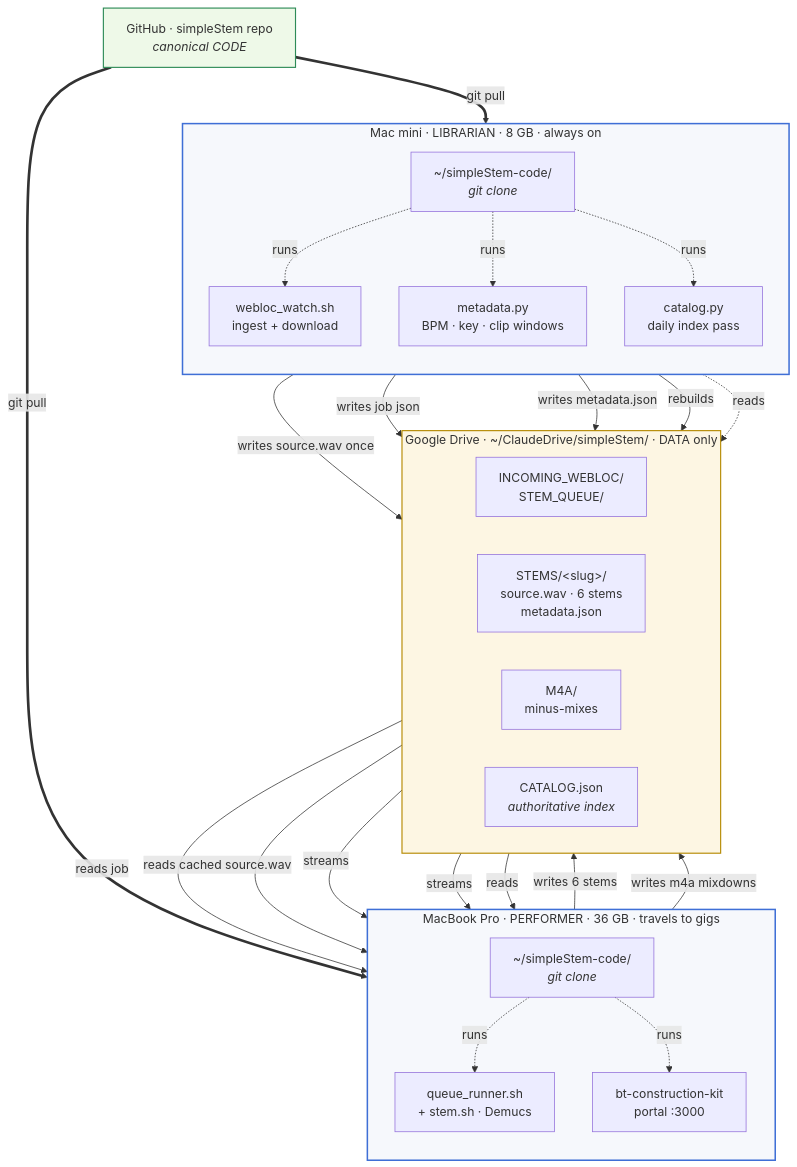
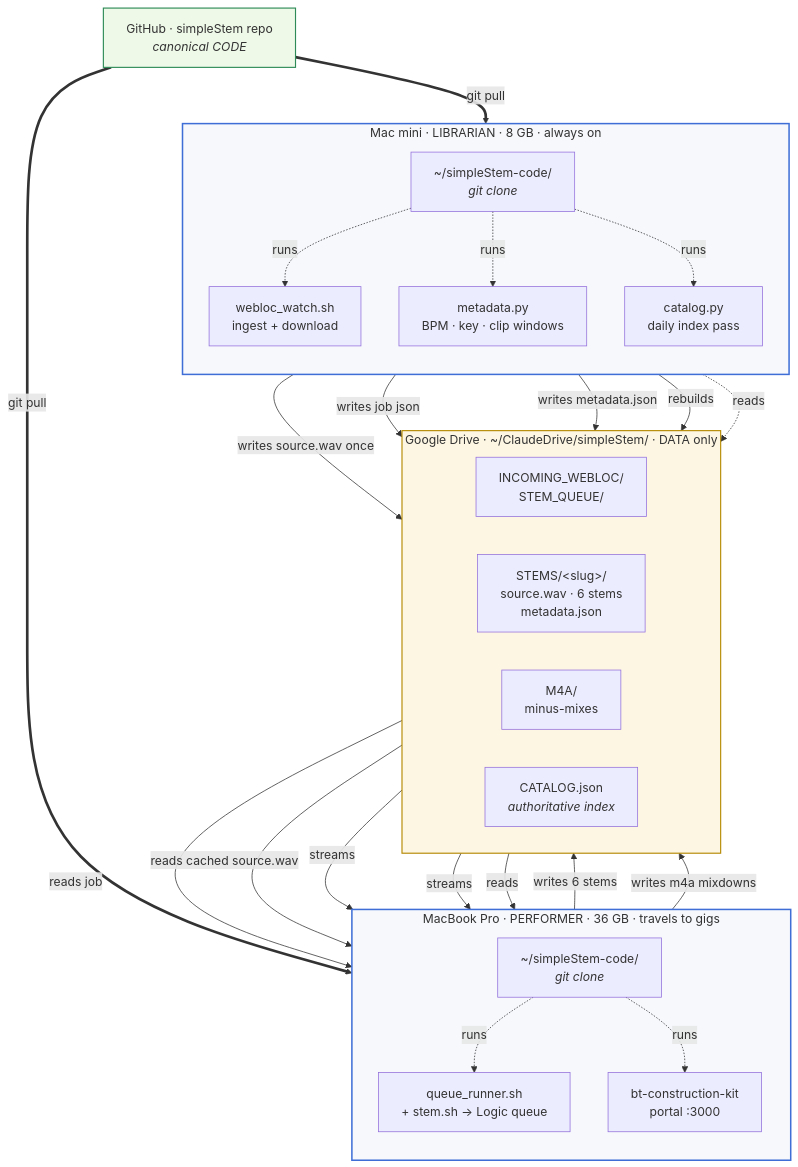
The first of 4 diagrams in ARCHITECTURE.md (williambnorton/simpleStem), drawn with Mermaid before and after one commit. The commit also changed other lines of this file and 128 other files, not shown here.

````diff
--- a/ARCHITECTURE.md
+++ b/ARCHITECTURE.md
@@ -15,57 +15,57 @@
 ```mermaid
 flowchart TB
     GH["GitHub · simpleStem repo<br/><i>canonical CODE</i>"]
 
     subgraph MINI["Mac mini · LIBRARIAN · 8 GB · always on"]
       direction TB
       MC["~/simpleStem-code/<br/><i>git clone</i>"]
       WW["webloc_watch.sh<br/>ingest + download"]
       MD["metadata.py<br/>BPM · key · clip windows"]
       CAT["catalog.py<br/>daily index pass"]
       MC -.runs.-> WW
       MC -.runs.-> MD
       MC -.runs.-> CAT
     end
 
     subgraph LAPTOP["MacBook Pro · PERFORMER · 36 GB · travels to gigs"]
       direction TB
       LC["~/simpleStem-code/<br/><i>git clone</i>"]
-      QR["queue_runner.sh<br/>+ stem.sh · Demucs"]
+      QR["queue_runner.sh<br/>+ stem.sh → Logic queue"]
       PORTAL["bt-construction-kit<br/>portal :3000"]
       LC -.runs.-> QR
       LC -.runs.-> PORTAL
     end
 
     subgraph DRIVE["Google Drive · ~/ClaudeDrive/simpleStem/ · DATA only"]
       direction LR
       INQ["INCOMING_WEBLOC/<br/>STEM_QUEUE/"]
       STEMS["STEMS/&lt;slug&gt;/<br/>source.wav · 6 stems<br/>metadata.json"]
       M4A["M4A/<br/>minus-mixes"]
       CATJ["CATALOG.json<br/><i>authoritative index</i>"]
     end
 
     GH ==git pull==> MC
     GH ==git pull==> LC
 
     WW -->|writes source.wav once| STEMS
     WW -->|writes job json| INQ
     MD -->|writes metadata.json| STEMS
     CAT -->|rebuilds| CATJ
     CAT -.reads.-> STEMS
 
     INQ -->|reads job| QR
     STEMS -->|reads cached source.wav| QR
     QR -->|writes 6 stems| STEMS
     QR -->|writes m4a mixdowns| M4A
 
     STEMS -->|streams| PORTAL
     M4A -->|streams| PORTAL
     CATJ -->|reads| PORTAL
 
     classDef machine fill:#f6f8fc,stroke:#3f6fd6,stroke-width:2px;
     classDef data fill:#fdf6e3,stroke:#b58900,stroke-width:1.5px;
     classDef code fill:#eef9e8,stroke:#2e8b57,stroke-width:1.5px;
     class MINI,LAPTOP machine;
     class DRIVE data;
     class GH code;
 ```
````
